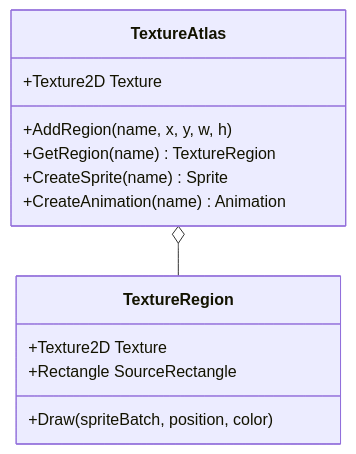
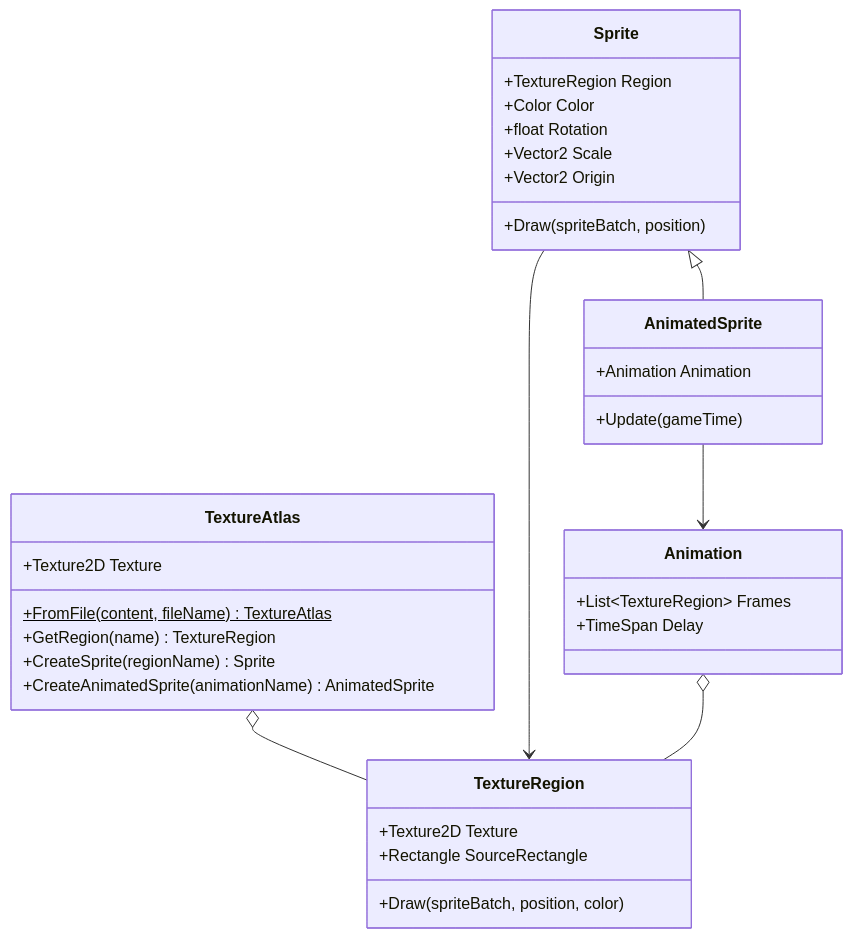
The diagram in src/content/docs/sessions/03-snake.md (Metamate/gar), drawn with Mermaid before and after one commit. The commit also changed other lines of this file and 6 other files, not shown here.

````diff
--- a/src/content/docs/sessions/03-snake.md
+++ b/src/content/docs/sessions/03-snake.md
@@ -41,16 +76,36 @@
 ```mermaid
 classDiagram
     class TextureAtlas {
         +Texture2D Texture
-        +AddRegion(name, x, y, w, h)
+        +FromFile(content, fileName)$ TextureAtlas
         +GetRegion(name) TextureRegion
-        +CreateSprite(name) Sprite
-        +CreateAnimation(name) Animation
+        +CreateSprite(regionName) Sprite
+        +CreateAnimatedSprite(animationName) AnimatedSprite
     }
     class TextureRegion {
         +Texture2D Texture
         +Rectangle SourceRectangle
         +Draw(spriteBatch, position, color)
     }
+    class Sprite {
+        +TextureRegion Region
+        +Color Color
+        +float Rotation
+        +Vector2 Scale
+        +Vector2 Origin
+        +Draw(spriteBatch, position)
+    }
+    class AnimatedSprite {
+        +Animation Animation
+        +Update(gameTime)
+    }
+    class Animation {
+        +List~TextureRegion~ Frames
+        +TimeSpan Delay
+    }
     TextureAtlas o-- TextureRegion
+    Sprite --> TextureRegion
+    Sprite <|-- AnimatedSprite
+    AnimatedSprite --> Animation
+    Animation o-- TextureRegion
 ```
````
